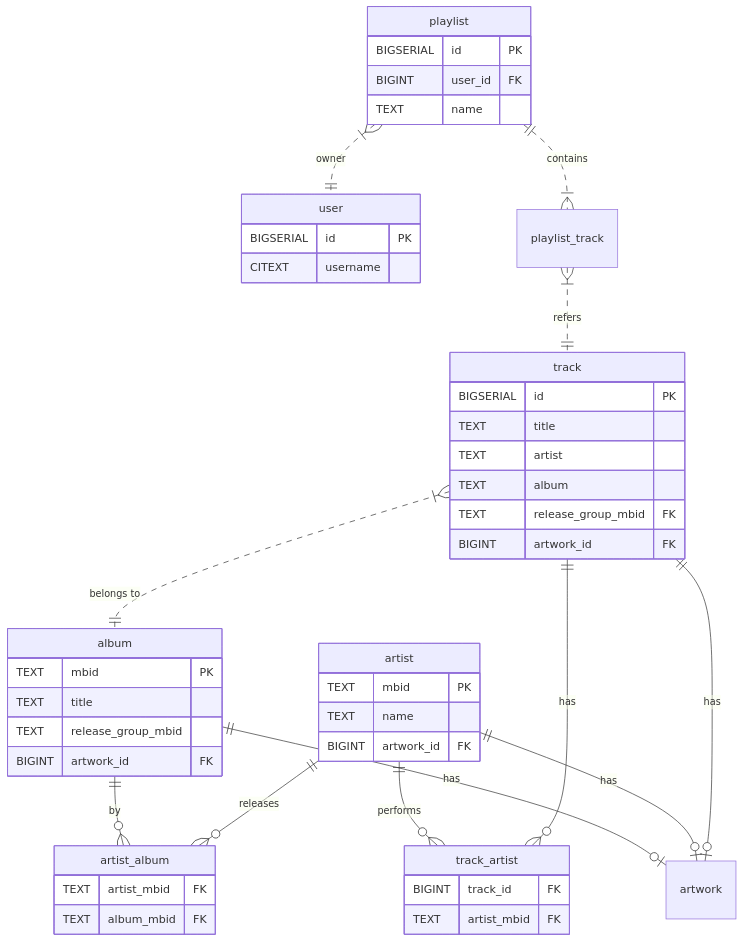
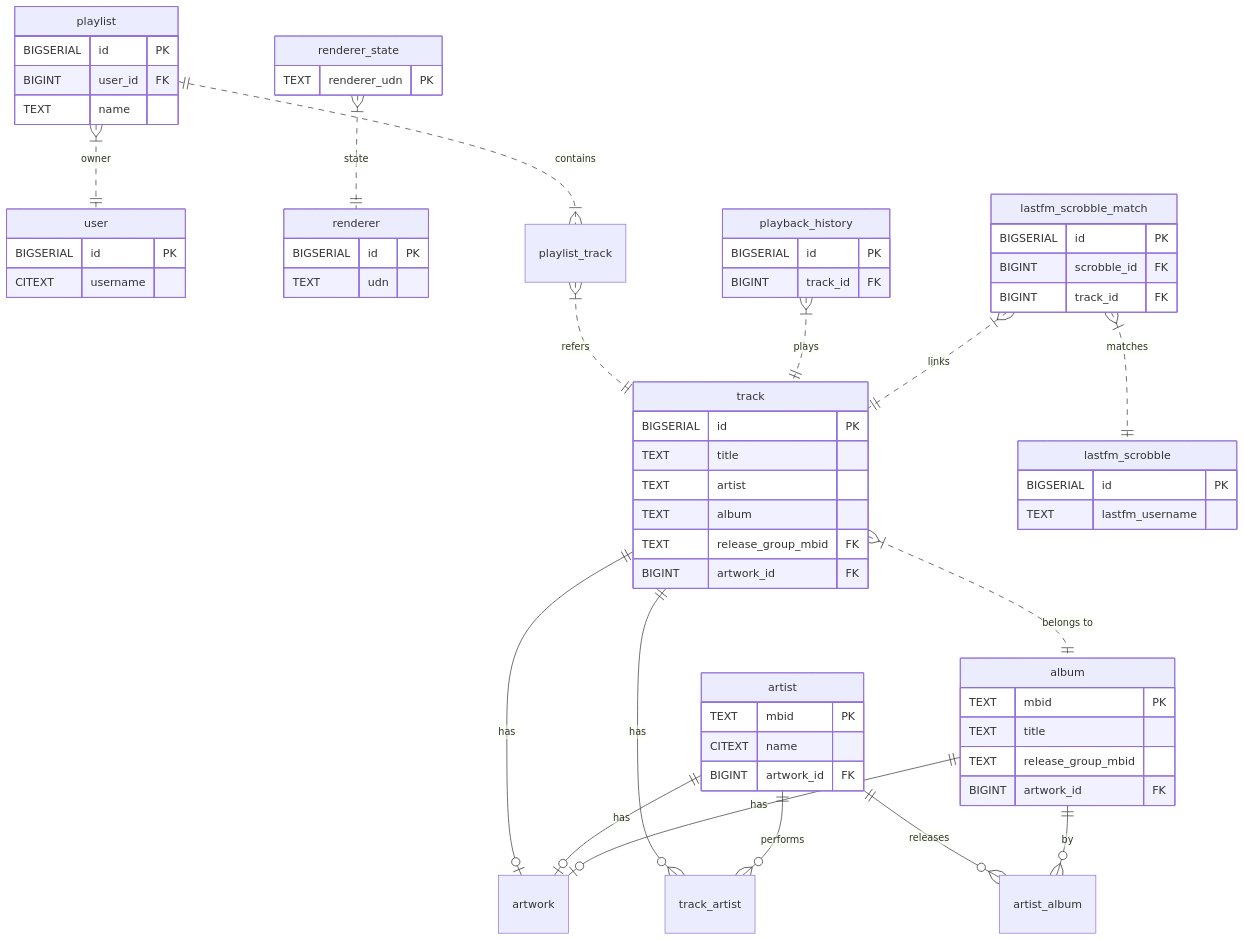
Before and after one commit to darious/jamarr: the diagram in docs/DATABASE_SCHEMA.md, drawn with Mermaid. The commit also changed other lines of this file and 22 other files, not shown here.

Commit message:
Refactor player and UPnP into modular architecture

````diff
--- a/docs/DATABASE_SCHEMA.md
+++ b/docs/DATABASE_SCHEMA.md
@@ -10,63 +11,81 @@
 ```mermaid
 erDiagram
-    %% Core Entities
     track {
         BIGSERIAL id PK
         TEXT title
         TEXT artist
         TEXT album
         TEXT release_group_mbid FK
         BIGINT artwork_id FK
     }
 
     artist {
         TEXT mbid PK
-        TEXT name
+        CITEXT name
         BIGINT artwork_id FK
     }
 
     album {
         TEXT mbid PK
         TEXT title
         TEXT release_group_mbid
         BIGINT artwork_id FK
     }
 
     playlist {
         BIGSERIAL id PK
         BIGINT user_id FK
         TEXT name
     }
 
-    user {
+    "user" {
         BIGSERIAL id PK
         CITEXT username
     }
 
-    %% Relationships
+    renderer {
+        BIGSERIAL id PK
+        TEXT udn
+    }
+
+    renderer_state {
+        TEXT renderer_udn PK
+    }
+
+    playback_history {
+        BIGSERIAL id PK
+        BIGINT track_id FK
+    }
+
+    lastfm_scrobble {
+        BIGSERIAL id PK
+        TEXT lastfm_username
+    }
+
+    lastfm_scrobble_match {
+        BIGSERIAL id PK
+        BIGINT scrobble_id FK
+        BIGINT track_id FK
+    }
+
     track }|..|| album : "belongs to"
     track ||--o{ track_artist : "has"
     track ||--o| artwork : "has"
-    
+
     artist ||--o{ track_artist : "performs"
     artist ||--o{ artist_album : "releases"
     artist ||--o| artwork : "has"
-    
+
     album ||--o{ artist_album : "by"
     album ||--o| artwork : "has"
-    
-    playlist }|..|| user : "owner"
+
+    playlist }|..|| "user" : "owner"
     playlist ||..|{ playlist_track : "contains"
     playlist_track }|..|| track : "refers"
 
-    %% Junctions
-    track_artist {
-        BIGINT track_id FK
-        TEXT artist_mbid FK
-    }
+    playback_history }|..|| track : "plays"
+    renderer_state }|..|| renderer : "state"
 
-    artist_album {
-        TEXT artist_mbid FK
-        TEXT album_mbid FK
-    }
+    lastfm_scrobble_match }|..|| lastfm_scrobble : "matches"
+    lastfm_scrobble_match }|..|| track : "links"
 ```
````
